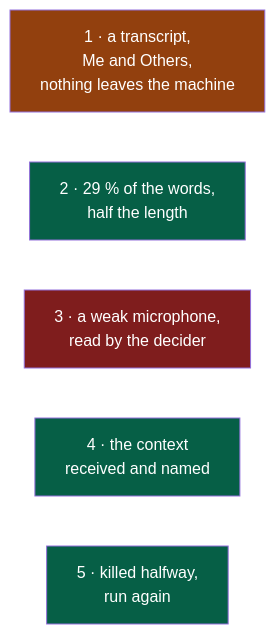
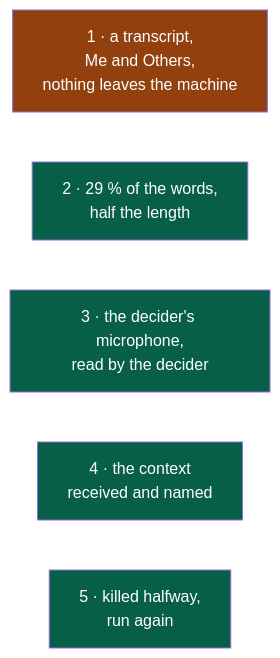
The tenth of 10 diagrams in docs/project/cycles/01-first-meeting-on-three-systems.md (NapkinStack/wholeheard), drawn with Mermaid before and after one commit. The commit also changed other lines of this file, not shown here.

First line of the commit message:
Cycle 01 — D4: the decider's microphone, ten sentences of ten

````diff
--- a/docs/project/cycles/01-first-meeting-on-three-systems.md
+++ b/docs/project/cycles/01-first-meeting-on-three-systems.md
@@ -664,12 +664,11 @@
 ```mermaid
 flowchart LR
     C1["1 · a transcript,<br/>Me and Others,<br/>nothing leaves the machine"]:::part
     C2["2 · 29 % of the words,<br/>half the length"]:::met
-    C3["3 · a weak microphone,<br/>read by the decider"]:::open
+    C3["3 · the decider's microphone,<br/>read by the decider"]:::met
     C4["4 · the context<br/>received and named"]:::met
     C5["5 · killed halfway,<br/>run again"]:::met
 
     classDef met fill:#065f46,color:#fff
     classDef part fill:#92400e,color:#fff
-    classDef open fill:#7f1d1d,color:#fff
 ```
````
